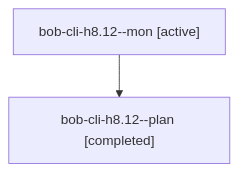
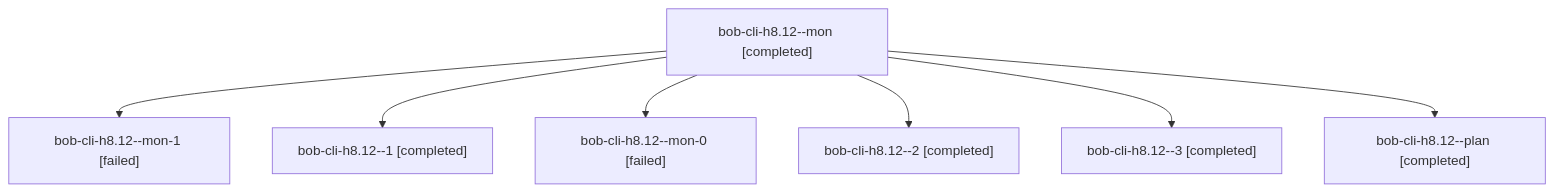
Before and after one commit to bobs-org/bob-cli--agents: the diagram in sessions/bbugyi200.athena.bob-cli-h8.12.md, drawn with Mermaid. The commit also changed other lines of this file and 81 other files, not shown here.

````diff
--- a/sessions/bbugyi200.athena.bob-cli-h8.12.md
+++ b/sessions/bbugyi200.athena.bob-cli-h8.12.md
@@ -9,6 +9,16 @@
 ```mermaid
 flowchart TD
-  n0["bob-cli-h8.12--mon [active]"]
-  n1["bob-cli-h8.12--plan [completed]"]
+  n0["bob-cli-h8.12--mon [completed]"]
+  n1["bob-cli-h8.12--mon-1 [failed]"]
   n0 --> n1
+  n2["bob-cli-h8.12--1 [completed]"]
+  n0 --> n2
+  n3["bob-cli-h8.12--mon-0 [failed]"]
+  n0 --> n3
+  n4["bob-cli-h8.12--2 [completed]"]
+  n0 --> n4
+  n5["bob-cli-h8.12--3 [completed]"]
+  n0 --> n5
+  n6["bob-cli-h8.12--plan [completed]"]
+  n0 --> n6
 ```
````
